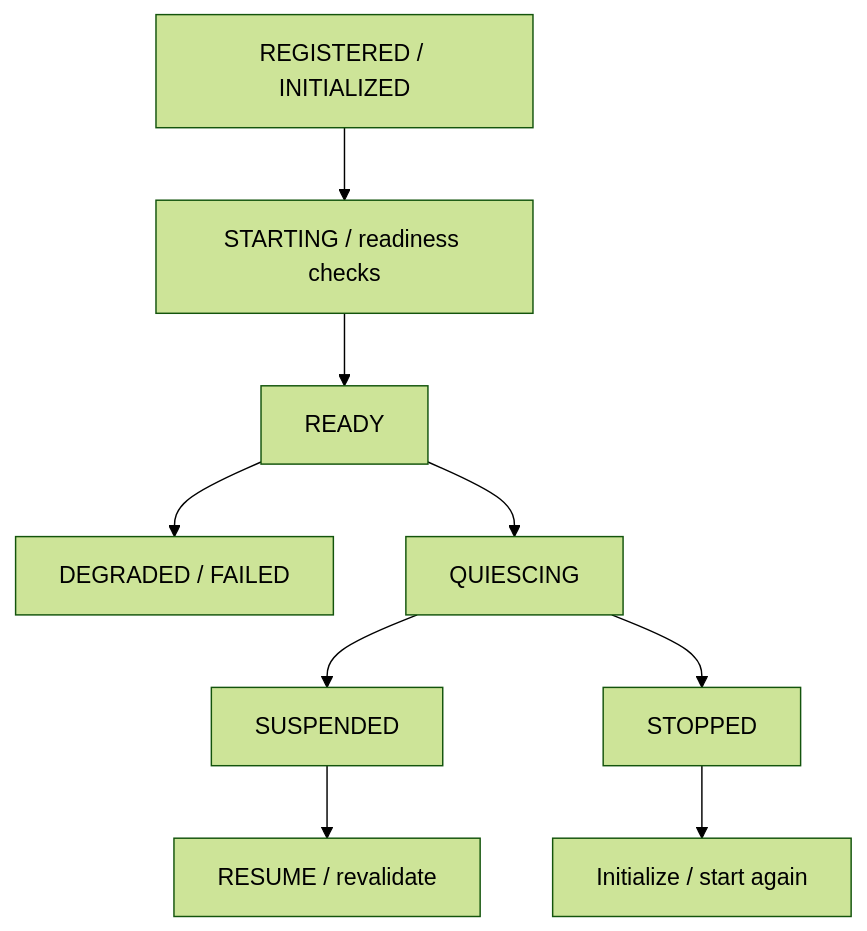
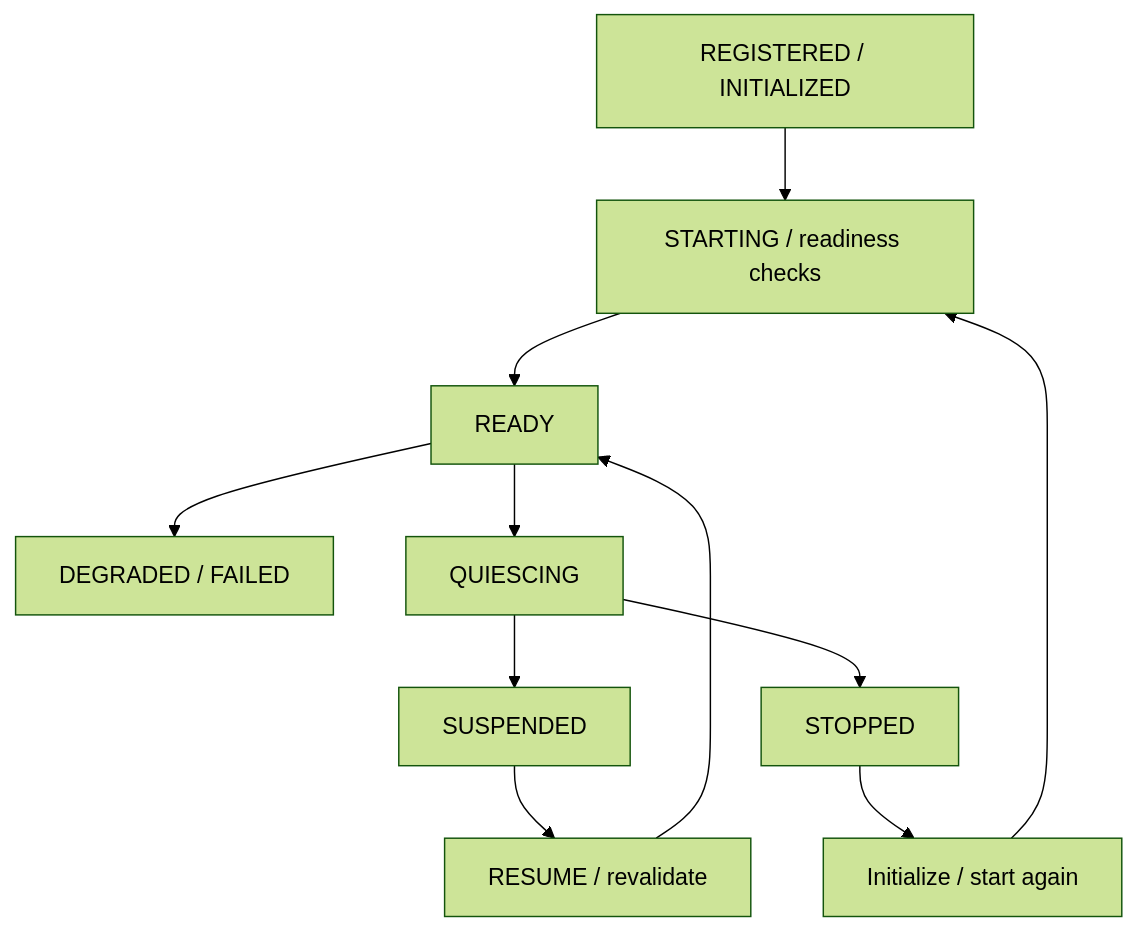
Before and after one commit to susmithmrm/ZARC: the ninth of 22 diagrams in docs/architecture/diagrams/README.md, drawn with Mermaid (forest theme). The commit also changed other lines of this file and 32 other files, not shown here.

Commit message:
Reconcile architecture documentation with desktop implementation and validate links

````diff
--- a/docs/architecture/diagrams/README.md
+++ b/docs/architecture/diagrams/README.md
@@ -185,22 +184,24 @@
 ```mermaid
 flowchart TD
   %% Service lifecycle and distinct restart paths
   N0_0["REGISTERED / INITIALIZED"]
   N1_0["STARTING / readiness checks"]
   N2_0["READY"]
   N2_1["DEGRADED / FAILED"]
   N3_0["QUIESCING"]
   N4_0["SUSPENDED"]
   N4_1["STOPPED"]
   N5_0["RESUME / revalidate"]
   N5_1["Initialize / start again"]
   N0_0 --> N1_0
   N1_0 --> N2_0
   N2_0 --> N2_1
   N2_0 --> N3_0
   N3_0 --> N4_0
   N3_0 --> N4_1
   N4_0 --> N5_0
   N4_1 --> N5_1
+  N5_0 --> N2_0
+  N5_1 --> N1_0
   %% Both return to READY only after checks; fully stopped service must initialize/start again.
 ```
````
